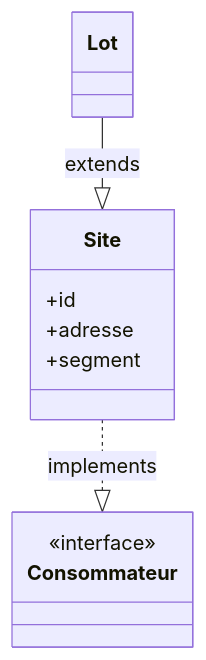
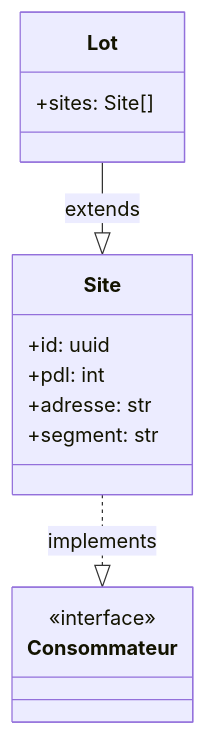
One commit to tanguybernard/prez changed the third of 4 diagrams in composite/READMEv3.md. Above: the diagram before and after it, drawn with Mermaid.

````diff
--- a/composite/READMEv3.md
+++ b/composite/READMEv3.md
@@ -72,15 +72,18 @@
 ```mermaid
 classDiagram
     class Consommateur {
         <<interface>>
     }
     class Site {
-        +id
-        +adresse
-        +segment
+        +id: uuid
+        +pdl: int
+        +adresse: str
+        +segment: str
     }
-    class Lot
+    class Lot {
+        +sites: Site[]
+    }
 
     Site ..|> Consommateur : implements
     Lot --|> Site : extends
 ```
````
